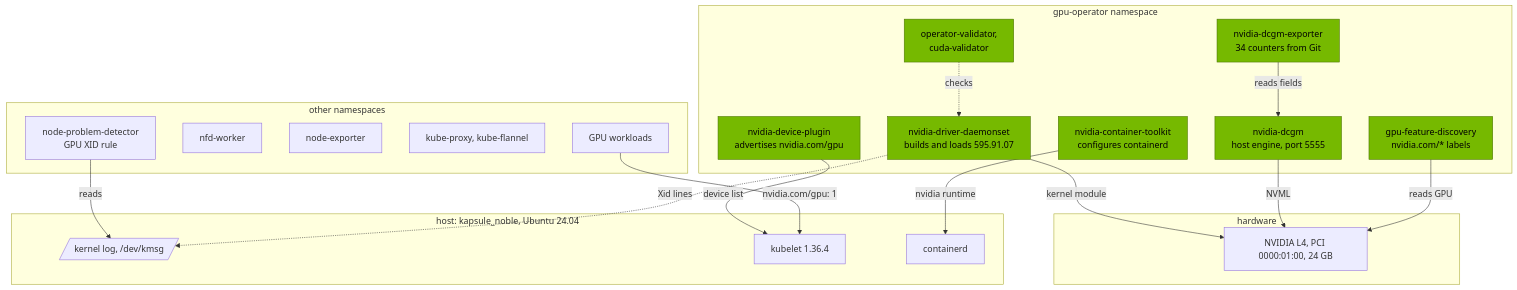
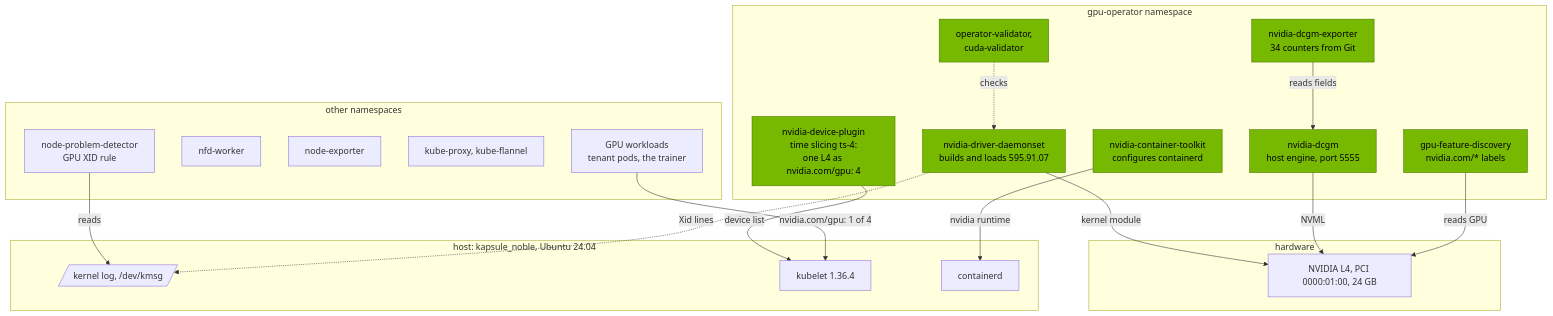
One commit to yassineteimi/nvidia-gpu-fleet-poc changed the fourth of 6 diagrams in docs/architecture.md. Above: the diagram before and after it, drawn with Mermaid. The commit also changed other lines of this file and 6 other files, not shown here.

First line of the commit message:
Session D2a write-up: time slicing, quotas and a measured goodput run

````diff
--- a/docs/architecture.md
+++ b/docs/architecture.md
@@ -144,44 +150,44 @@
 ```mermaid
 flowchart TB
   subgraph hw["hardware"]
     l4["NVIDIA L4, PCI 0000:01:00, 24 GB"]
   end
 
   subgraph host["host: kapsule_noble, Ubuntu 24.04"]
     kmsg[/"kernel log, /dev/kmsg"/]
     kubelet["kubelet 1.36.4"]
     ctrd["containerd"]
   end
 
   subgraph gpuop["gpu-operator namespace"]
     drv["nvidia-driver-daemonset<br/>builds and loads 595.91.07"]
     tk["nvidia-container-toolkit<br/>configures containerd"]
     val["operator-validator,<br/>cuda-validator"]
-    dp["nvidia-device-plugin<br/>advertises nvidia.com/gpu"]
+    dp["nvidia-device-plugin<br/>time slicing ts-4:<br/>one L4 as nvidia.com/gpu: 4"]
     gfd["gpu-feature-discovery<br/>nvidia.com/* labels"]
     dcgm["nvidia-dcgm<br/>host engine, port 5555"]
     dcgme["nvidia-dcgm-exporter<br/>34 counters from Git"]
   end
 
   subgraph other["other namespaces"]
     npd["node-problem-detector<br/>GPU XID rule"]
     nfdw["nfd-worker"]
     ne["node-exporter"]
     kp["kube-proxy, kube-flannel"]
-    work["GPU workloads"]
+    work["GPU workloads<br/>tenant pods, the trainer"]
   end
 
   drv -->|"kernel module"| l4
   tk -->|"nvidia runtime"| ctrd
   val -.->|"checks"| drv
   dp -->|"device list"| kubelet
   dcgm -->|"NVML"| l4
   dcgme -->|"reads fields"| dcgm
   gfd -->|"reads GPU"| l4
   npd -->|"reads"| kmsg
   drv -.->|"Xid lines"| kmsg
-  work -->|"nvidia.com/gpu: 1"| kubelet
+  work -->|"nvidia.com/gpu: 1 of 4"| kubelet
 
   classDef nv fill:#76b900,stroke:#4a7300,color:#000
   class drv,tk,val,dp,gfd,dcgm,dcgme nv
 ```
````
